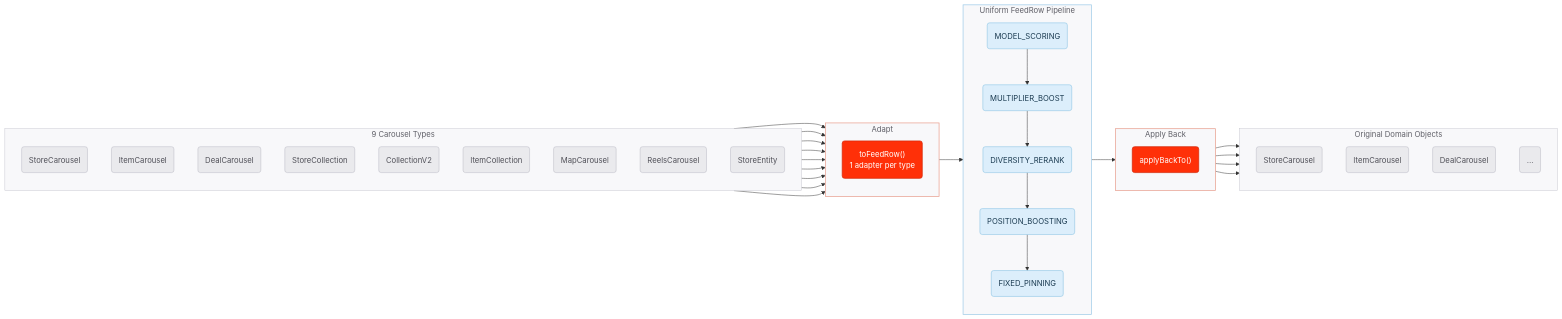
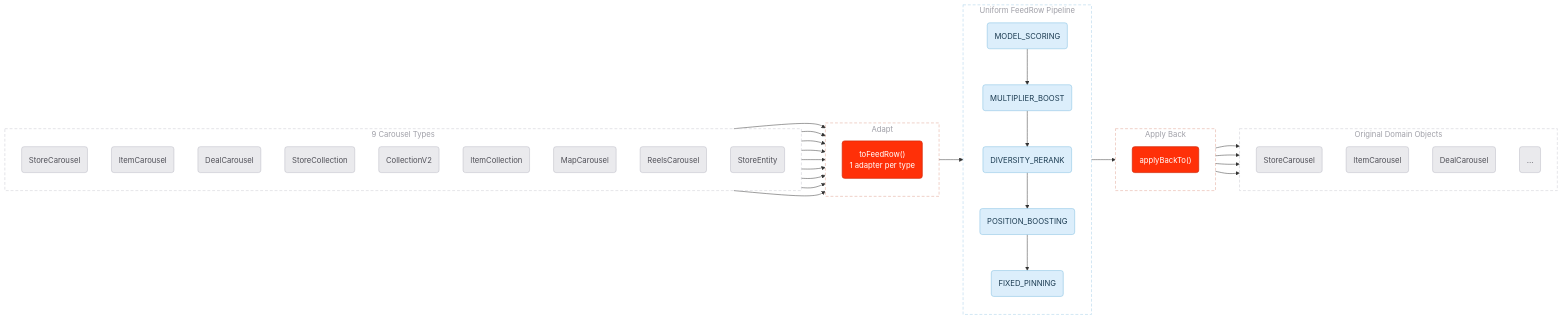
The first of 3 diagrams in unified-blending-platform/spec/rfc-abstraction-layer.md (daniel-fonyo/dd-brain), drawn with Mermaid before and after one commit.

Commit message:
Differentiate subgraph groupings from node boxes
Subgraphs (groupings):
- Dashed borders (stroke-dasharray) — reads as label, not container
- Transparent fill — no competing background
- Light gray text (#A0A0A8) — recedes behind node labels
- Padded label strings for breathing room

Nodes (boxes):
- Solid borders, opaque fills — the actual things
- Darker text — primary visual hierarchy

````diff
--- a/unified-blending-platform/spec/rfc-abstraction-layer.md
+++ b/unified-blending-platform/spec/rfc-abstraction-layer.md
@@ -159,74 +159,75 @@
 ```mermaid
 flowchart LR
-    subgraph sources["9 Carousel Types"]
+    subgraph sources["  9 Carousel Types  "]
         direction TB
         T1("StoreCarousel"):::domain
         T2("ItemCarousel"):::domain
         T3("DealCarousel"):::domain
         T4("StoreCollection"):::domain
         T5("CollectionV2"):::domain
         T6("ItemCollection"):::domain
         T7("MapCarousel"):::domain
         T8("ReelsCarousel"):::domain
         T9("StoreEntity"):::domain
     end
 
-    subgraph adapt["Adapt"]
+    subgraph adapt["  Adapt  "]
         direction TB
         A("toFeedRow()
         1 adapter per type"):::hero
     end
 
     T1 --> A
     T2 --> A
     T3 --> A
     T4 --> A
     T5 --> A
     T6 --> A
     T7 --> A
     T8 --> A
     T9 --> A
 
-    subgraph pipeline["Uniform FeedRow Pipeline"]
+    subgraph pipeline["  Uniform FeedRow Pipeline  "]
         direction TB
         STEP1("MODEL_SCORING"):::step
         STEP2("MULTIPLIER_BOOST"):::step
         STEP3("DIVERSITY_RERANK"):::step
         STEP4("POSITION_BOOSTING"):::step
         STEP5("FIXED_PINNING"):::step
         STEP1 --> STEP2 --> STEP3 --> STEP4 --> STEP5
     end
 
     A --> STEP1
 
-    subgraph writeback["Apply Back"]
+    subgraph writeback["  Apply Back  "]
         direction TB
         WB("applyBackTo()"):::hero
     end
 
     STEP5 --> WB
 
-    subgraph outputs["Original Domain Objects"]
+    subgraph outputs["  Original Domain Objects  "]
         direction TB
         O1("StoreCarousel"):::domain
         O2("ItemCarousel"):::domain
         O3("DealCarousel"):::domain
         O4("..."):::domain
     end
 
     WB --> O1
     WB --> O2
     WB --> O3
     WB --> O4
 
-    %% Gray = data, not the point. Red = the action we're proposing. Blue = the new uniform flow.
+    %% Nodes = solid, the things. Subgraphs = dashed, just grouping labels.
+    %% Gray = data. Red = the action we're proposing. Blue = the new uniform flow.
     classDef domain fill:#EAEAED,stroke:#B8B8C2,color:#505058,stroke-width:1px
     classDef hero fill:#FF3008,stroke:#D42807,color:#FFFFFF,stroke-width:1.5px
     classDef step fill:#DCEEFB,stroke:#7BBCE0,color:#1A3A50,stroke-width:1px
 
-    style sources fill:#F8F8FA,stroke:#C8C8D0,stroke-width:1px,color:#606068
-    style adapt fill:#F8F8FA,stroke:#E8A090,stroke-width:1.5px,color:#606068
-    style pipeline fill:#F8F8FA,stroke:#A0CCE8,stroke-width:1.5px,color:#606068
-    style writeback fill:#F8F8FA,stroke:#E8A090,stroke-width:1.5px,color:#606068
-    style outputs fill:#F8F8FA,stroke:#C8C8D0,stroke-width:1px,color:#606068
+    style sources fill:transparent,stroke:#C8C8D0,stroke-width:1px,stroke-dasharray:6 4,color:#A0A0A8
+    style adapt fill:transparent,stroke:#E0A090,stroke-width:1px,stroke-dasharray:6 4,color:#A0A0A8
+    style pipeline fill:transparent,stroke:#A0CCE8,stroke-width:1px,stroke-dasharray:6 4,color:#A0A0A8
+    style writeback fill:transparent,stroke:#E0A090,stroke-width:1px,stroke-dasharray:6 4,color:#A0A0A8
+    style outputs fill:transparent,stroke:#C8C8D0,stroke-width:1px,stroke-dasharray:6 4,color:#A0A0A8
 ```
````
